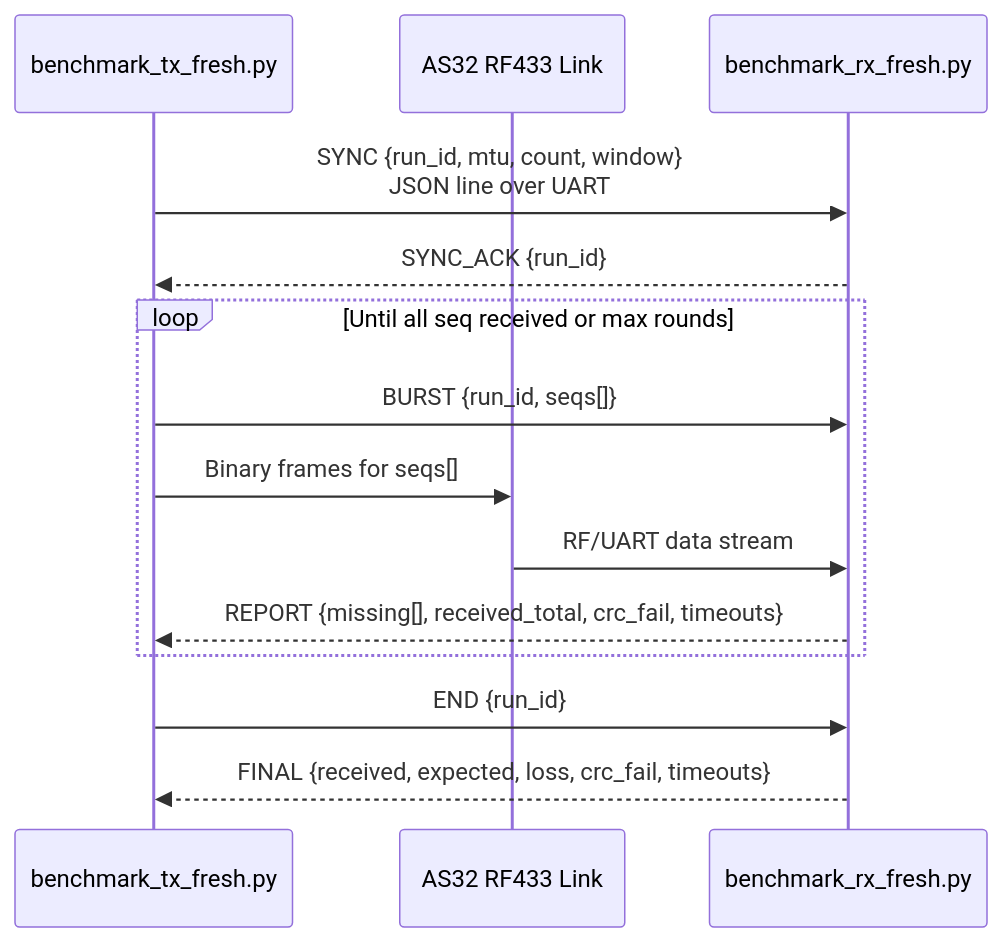
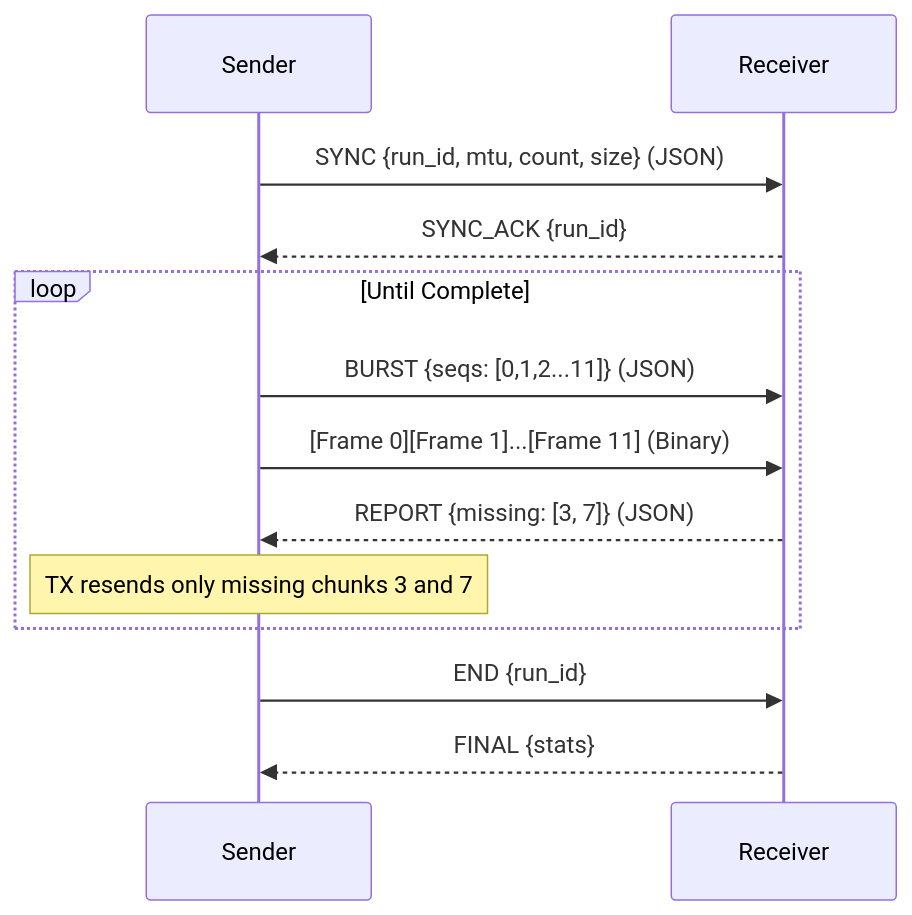
One commit to ATOMIC09/RF-Benchmark changed the diagram in README.md. Above: the diagram before and after it, drawn with Mermaid. The commit also changed other lines of this file, not shown here.

````diff
--- a/README.md
+++ b/README.md
@@ -28,19 +32,18 @@
 ```mermaid
 sequenceDiagram
-    participant TX as benchmark_tx_fresh.py
-    participant RF as AS32 RF433 Link
-    participant RX as benchmark_rx_fresh.py
+    participant TX as Sender
+    participant RX as Receiver
 
-    TX->>RX: SYNC {run_id, mtu, count, window}<br/>JSON line over UART
+    TX->>RX: SYNC {run_id, mtu, count, size} (JSON)
     RX-->>TX: SYNC_ACK {run_id}
 
-    loop Until all seq received or max rounds
-        TX->>RX: BURST {run_id, seqs[]}
-        TX->>RF: Binary frames for seqs[]
-        RF->>RX: RF/UART data stream
-        RX-->>TX: REPORT {missing[], received_total, crc_fail, timeouts}
+    loop Until Complete
+        TX->>RX: BURST {seqs: [0,1,2...11]} (JSON)
+        TX->>RX: [Frame 0][Frame 1]...[Frame 11] (Binary)
+        RX-->>TX: REPORT {missing: [3, 7]} (JSON)
+        Note over TX: TX resends only missing chunks 3 and 7
     end
 
     TX->>RX: END {run_id}
-    RX-->>TX: FINAL {received, expected, loss, crc_fail, timeouts}
+    RX-->>TX: FINAL {stats}
 ```
````
